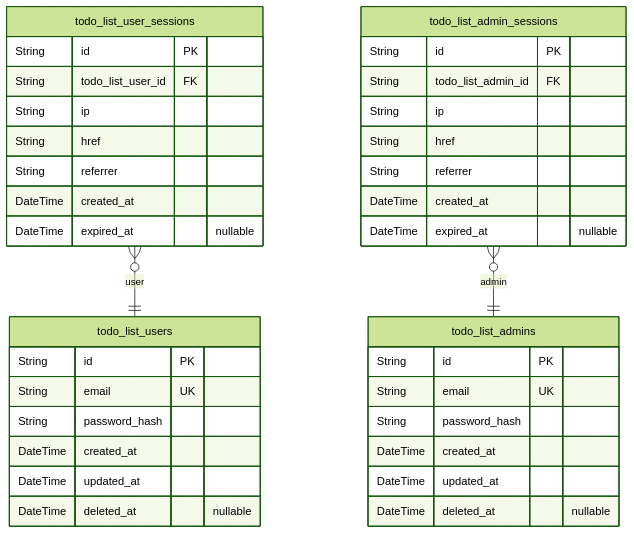
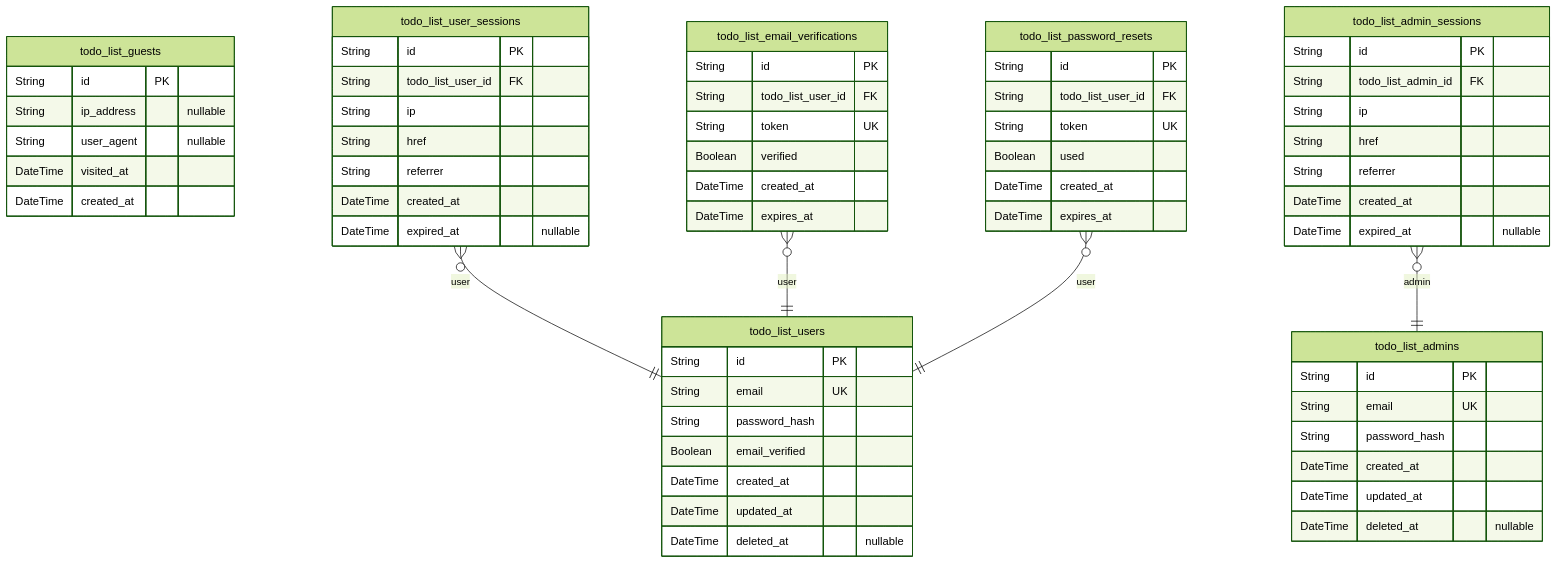
One commit to wrtnlabs/autobe-examples changed the first of 2 diagrams in anthropic/claude-sonnet-4.5/todo/docs/ERD.md. Above: the diagram before and after it, drawn with Mermaid (forest theme). The commit also changed other lines of this file and 22498 other files, not shown here.

````diff
--- a/anthropic/claude-sonnet-4.5/todo/docs/ERD.md
+++ b/anthropic/claude-sonnet-4.5/todo/docs/ERD.md
@@ -10,39 +10,65 @@
 ```mermaid
 erDiagram
+"todo_list_guests" {
+  String id PK
+  String ip_address "nullable"
+  String user_agent "nullable"
+  DateTime visited_at
+  DateTime created_at
+}
 "todo_list_users" {
   String id PK
   String email UK
   String password_hash
+  Boolean email_verified
   DateTime created_at
   DateTime updated_at
   DateTime deleted_at "nullable"
 }
 "todo_list_user_sessions" {
   String id PK
   String todo_list_user_id FK
   String ip
   String href
   String referrer
   DateTime created_at
   DateTime expired_at "nullable"
 }
 "todo_list_admins" {
   String id PK
   String email UK
   String password_hash
   DateTime created_at
   DateTime updated_at
   DateTime deleted_at "nullable"
 }
 "todo_list_admin_sessions" {
   String id PK
   String todo_list_admin_id FK
   String ip
   String href
   String referrer
   DateTime created_at
   DateTime expired_at "nullable"
 }
+"todo_list_email_verifications" {
+  String id PK
+  String todo_list_user_id FK
+  String token UK
+  Boolean verified
+  DateTime created_at
+  DateTime expires_at
+}
+"todo_list_password_resets" {
+  String id PK
+  String todo_list_user_id FK
+  String token UK
+  Boolean used
+  DateTime created_at
+  DateTime expires_at
+}
 "todo_list_user_sessions" }o--|| "todo_list_users" : user
 "todo_list_admin_sessions" }o--|| "todo_list_admins" : admin
+"todo_list_email_verifications" }o--|| "todo_list_users" : user
+"todo_list_password_resets" }o--|| "todo_list_users" : user
 ```
````
